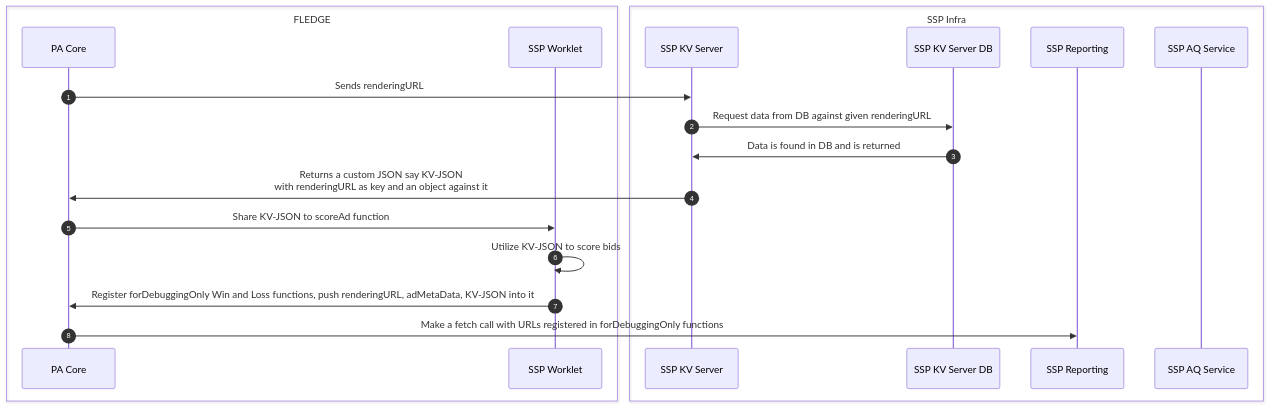
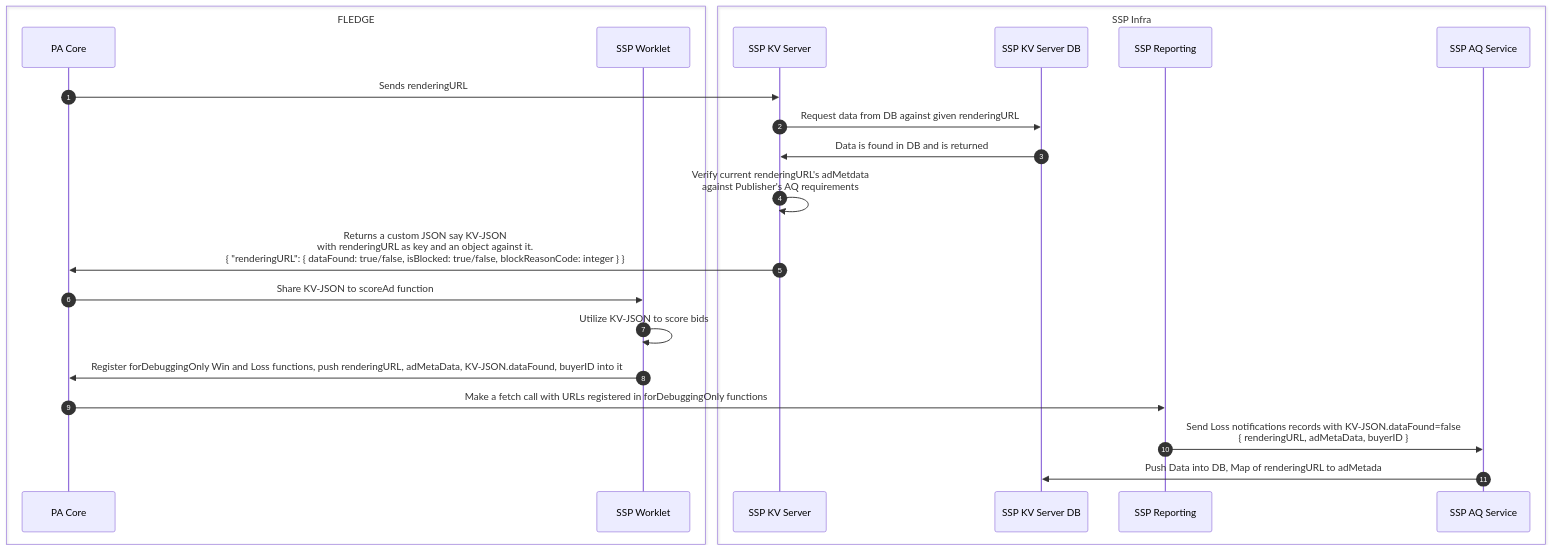
One commit to pm-harshad-mane/Diagrams changed the diagram in Fledge/AQ.md. Above: the diagram before and after it, drawn with Mermaid.

````diff
--- a/Fledge/AQ.md
+++ b/Fledge/AQ.md
@@ -3,23 +3,26 @@
 ```mermaid
 sequenceDiagram
     autonumber
     box FLEDGE
     participant PACore as PA Core
     participant SSPW as SSP Worklet
     end
     box SSP Infra
     participant SSPKV as SSP KV Server
     participant SSPKVDB as SSP KV Server DB
     participant SSPRE as SSP Reporting
     participant SSPAQ as SSP AQ Service
     end
 
     PACore->>SSPKV: Sends renderingURL
     SSPKV->>SSPKVDB: Request data from DB against given renderingURL
     SSPKVDB->>SSPKV: Data is found in DB and is returned
-    SSPKV->>PACore: Returns a custom JSON say KV-JSON <br/> with renderingURL as key and an object against it
+    SSPKV->>SSPKV: Verify current renderingURL's adMetdata <br/> against Publisher's AQ requirements
+    SSPKV->>PACore: Returns a custom JSON say KV-JSON <br/> with renderingURL as key and an object against it. <br/> { "renderingURL": { dataFound: true/false, isBlocked: true/false, blockReasonCode: integer } }
     PACore->>SSPW: Share KV-JSON to scoreAd function
     SSPW->>SSPW: Utilize KV-JSON to score bids
-    SSPW->>PACore: Register forDebuggingOnly Win and Loss functions, push renderingURL, adMetaData, KV-JSON into it
+    SSPW->>PACore: Register forDebuggingOnly Win and Loss functions, push renderingURL, adMetaData, KV-JSON.dataFound, buyerID  into it
     PACore->>SSPRE: Make a fetch call with URLs registered in forDebuggingOnly functions
+    SSPRE->>SSPAQ: Send Loss notifications records with KV-JSON.dataFound=false <br/> { renderingURL, adMetaData, buyerID }
+    SSPAQ->>SSPKVDB: Push Data into DB, Map of renderingURL to adMetada
 ```
````
